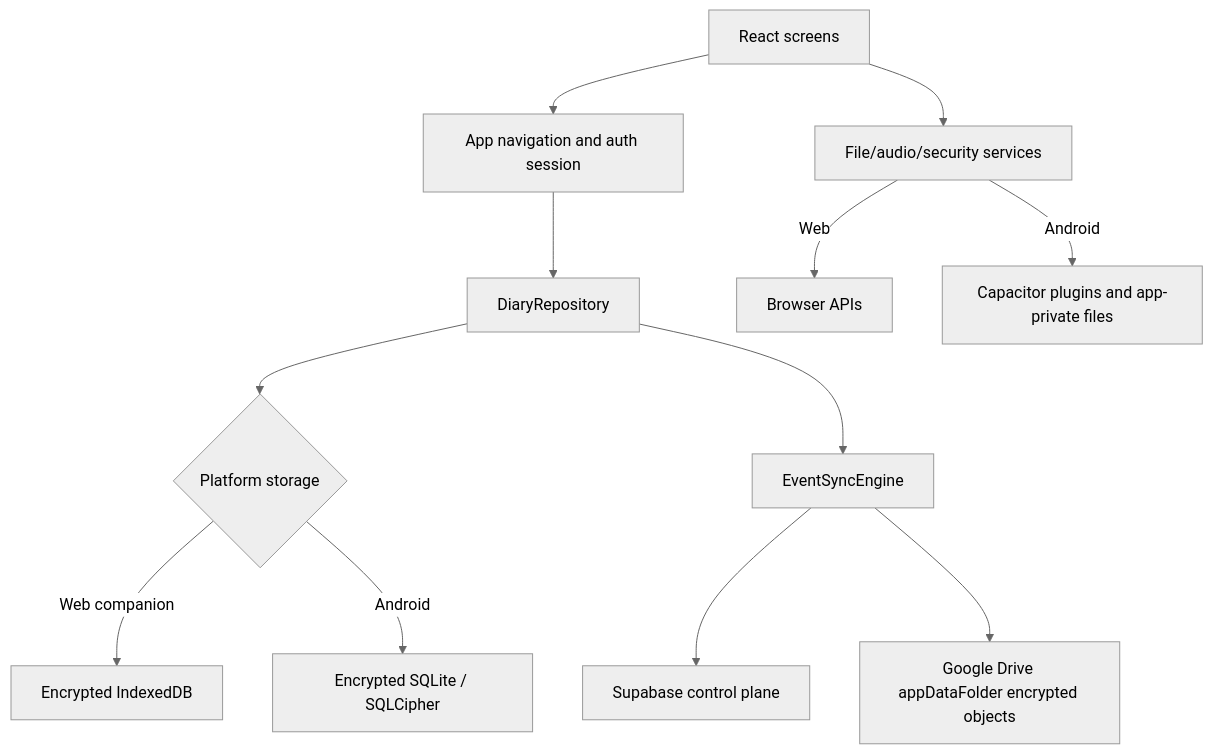
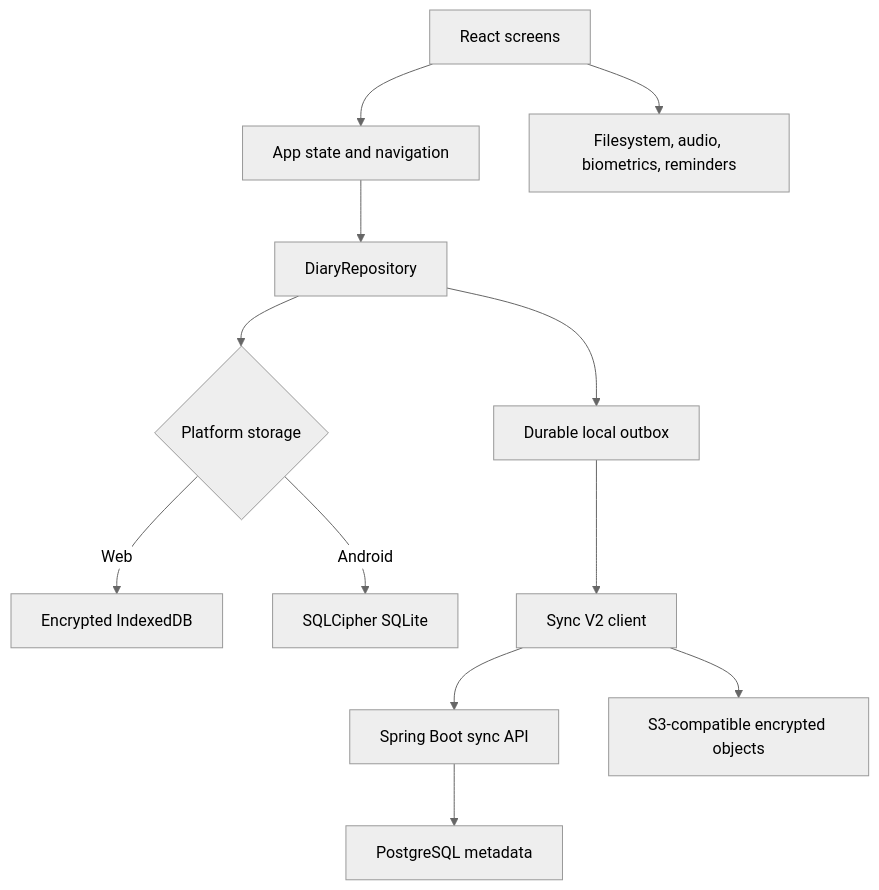
The diagram in readme.md (dsadasivani/dear-diary-web), drawn with Mermaid (neutral theme) before and after one commit. The commit also changed other lines of this file and 283 other files, not shown here.

````diff
--- a/readme.md
+++ b/readme.md
@@ -103,14 +21,14 @@
 ```mermaid
 flowchart TD
-    UI[React screens] --> APP[App navigation and auth session]
+    UI[React screens] --> APP[App state and navigation]
     APP --> REPO[DiaryRepository]
     REPO --> STORE{Platform storage}
-    STORE -->|Web companion| IDB[Encrypted IndexedDB]
-    STORE -->|Android| SQL[Encrypted SQLite / SQLCipher]
-    UI --> MEDIA[File/audio/security services]
-    MEDIA -->|Web| WEBAPI[Browser APIs]
-    MEDIA -->|Android| NATIVE[Capacitor plugins and app-private files]
-    REPO --> SYNC[EventSyncEngine]
-    SYNC --> SUPA[Supabase control plane]
-    SYNC --> DRIVE[Google Drive appDataFolder encrypted objects]
+    STORE -->|Web| IDB[Encrypted IndexedDB]
+    STORE -->|Android| SQL[SQLCipher SQLite]
+    REPO --> OUTBOX[Durable local outbox]
+    OUTBOX --> SYNC[Sync V2 client]
+    SYNC --> API[Spring Boot sync API]
+    API --> PG[PostgreSQL metadata]
+    SYNC --> OBJECTS[S3-compatible encrypted objects]
+    UI --> PLATFORM[Filesystem, audio, biometrics, reminders]
 ```
````
